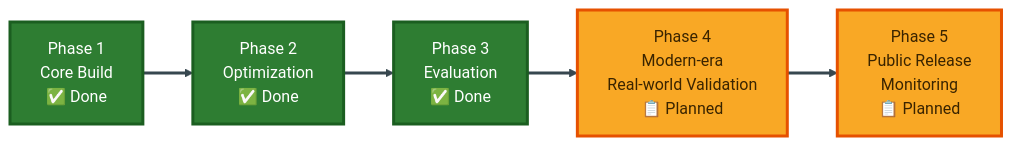
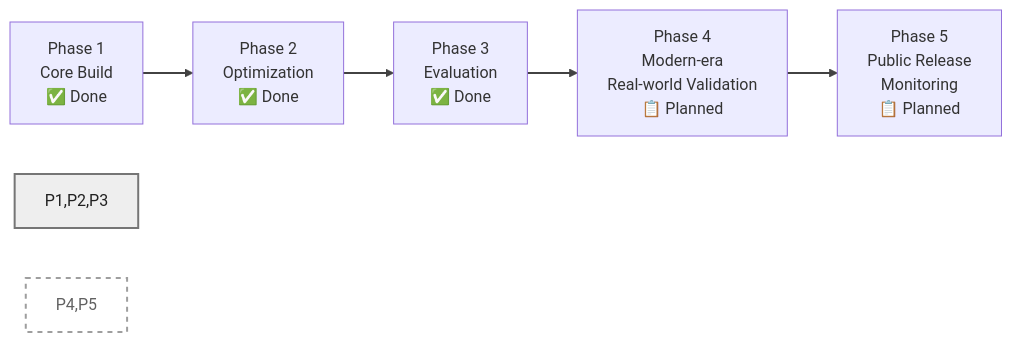
The third of 3 diagrams in README.md (shivoymalhotra9-wq/Agentic-AI-Cyber-App), drawn with Mermaid before and after one commit. The commit also changed other lines of this file, not shown here.

First line of the commit message:
Refactor styles and link styles in README

````diff
--- a/README.md
+++ b/README.md
@@ -308,15 +300,12 @@
 ```mermaid
 flowchart LR
     P1["Phase 1<br/>Core Build<br/>✅ Done"] --> P2["Phase 2<br/>Optimization<br/>✅ Done"]
     P2 --> P3["Phase 3<br/>Evaluation<br/>✅ Done"]
     P3 --> P4["Phase 4<br/>Modern-era<br/>Real-world Validation<br/>📋 Planned"]
     P4 --> P5["Phase 5<br/>Public Release<br/>Monitoring<br/>📋 Planned"]
 
-    linkStyle default stroke:#37474f,stroke-width:3px
+    linkStyle default stroke:#424242,stroke-width:2px
 
-    style P1 fill:#2e7d32,stroke:#1b5e20,stroke-width:3px,color:#ffffff
-    style P2 fill:#2e7d32,stroke:#1b5e20,stroke-width:3px,color:#ffffff
-    style P3 fill:#2e7d32,stroke:#1b5e20,stroke-width:3px,color:#ffffff
-    style P4 fill:#f9a825,stroke:#e65100,stroke-width:3px,color:#3a2400
-    style P5 fill:#f9a825,stroke:#e65100,stroke-width:3px,color:#3a2400
+    style P1,P2,P3 fill:#eeeeee,stroke:#757575,stroke-width:2px,color:#212121
+    style P4,P5 fill:#ffffff,stroke:#9e9e9e,stroke-width:2px,stroke-dasharray:5 5,color:#616161
 ```
````
